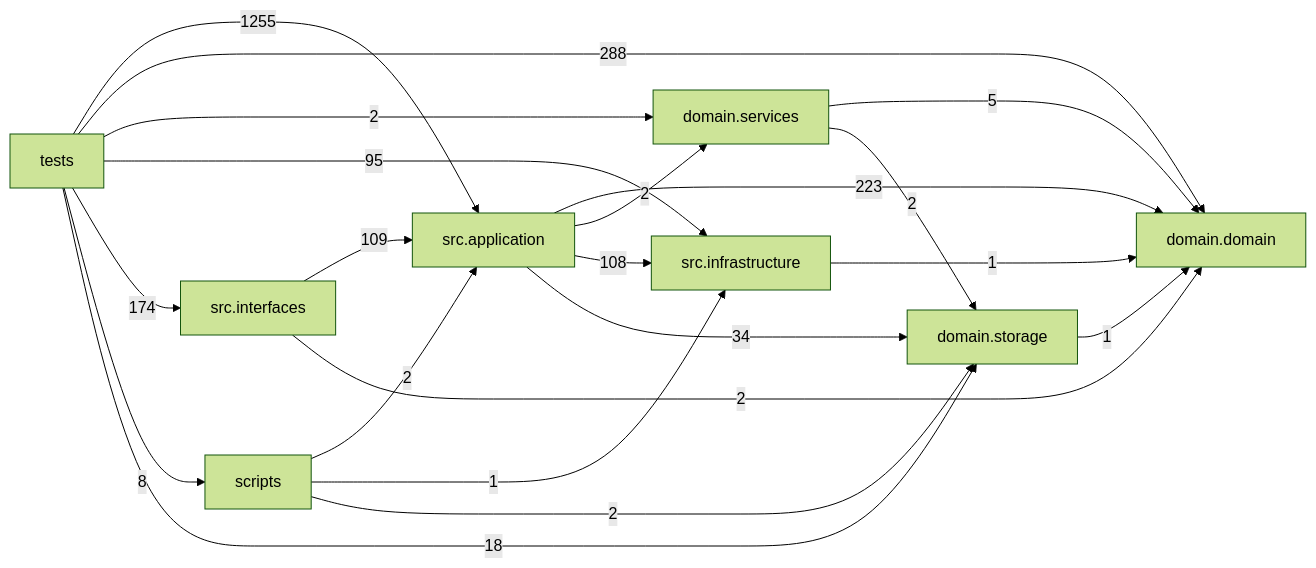
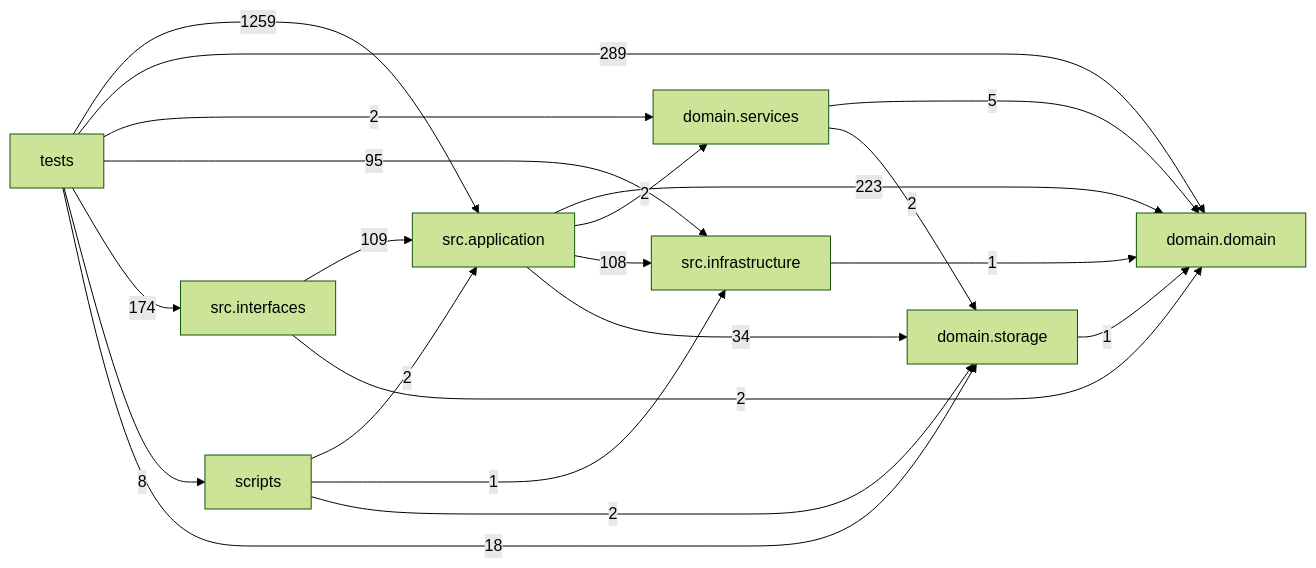
One commit to liuxie066/options-monitor changed the diagram in docs/DEPENDENCY_GRAPH.md. Above: the diagram before and after it, drawn with Mermaid (forest theme). The commit also changed other lines of this file and 6 other files, not shown here.

````diff
--- a/docs/DEPENDENCY_GRAPH.md
+++ b/docs/DEPENDENCY_GRAPH.md
@@ -24,31 +24,31 @@
 ```mermaid
 flowchart LR
   tests["tests"]
   scripts["scripts"]
   interfaces["src.interfaces"]
   application["src.application"]
   infrastructure["src.infrastructure"]
   domain_services["domain.services"]
   domain["domain.domain"]
   storage["domain.storage"]
   application -->|223| domain
   application -->|2| domain_services
   application -->|108| infrastructure
   application -->|34| storage
   domain_services -->|5| domain
   domain_services -->|2| storage
   infrastructure -->|1| domain
   interfaces -->|109| application
   interfaces -->|2| domain
   scripts -->|2| application
   scripts -->|1| infrastructure
   scripts -->|2| storage
   storage -->|1| domain
-  tests -->|1255| application
-  tests -->|288| domain
+  tests -->|1259| application
+  tests -->|289| domain
   tests -->|2| domain_services
   tests -->|95| infrastructure
   tests -->|174| interfaces
   tests -->|8| scripts
   tests -->|18| storage
 ```
````
